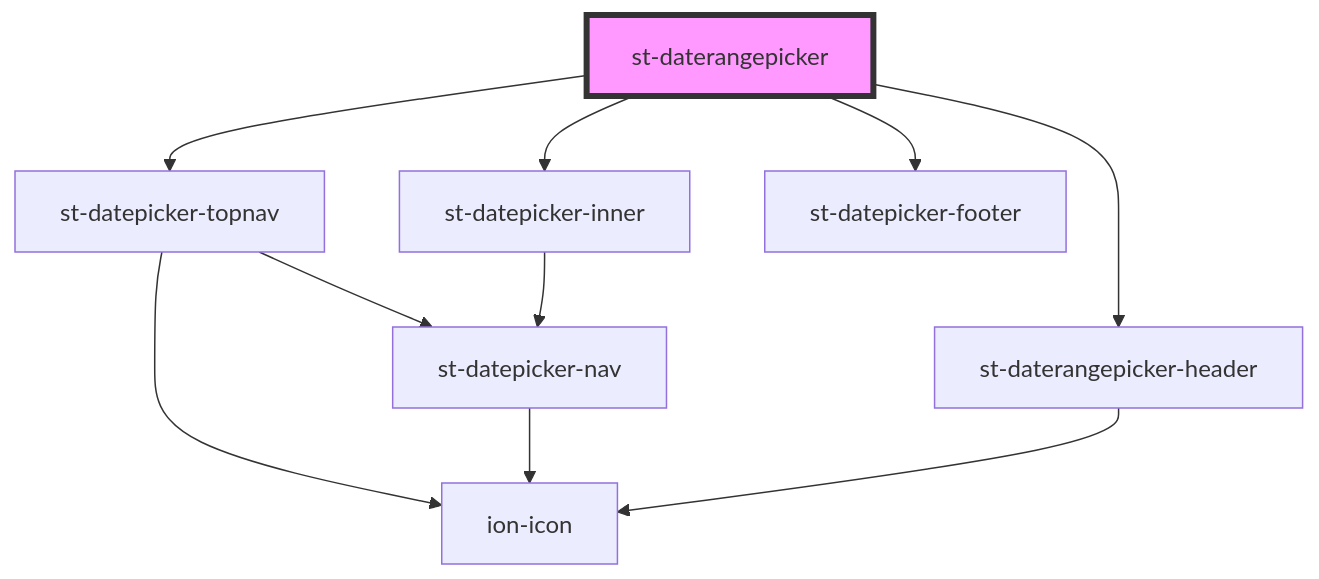
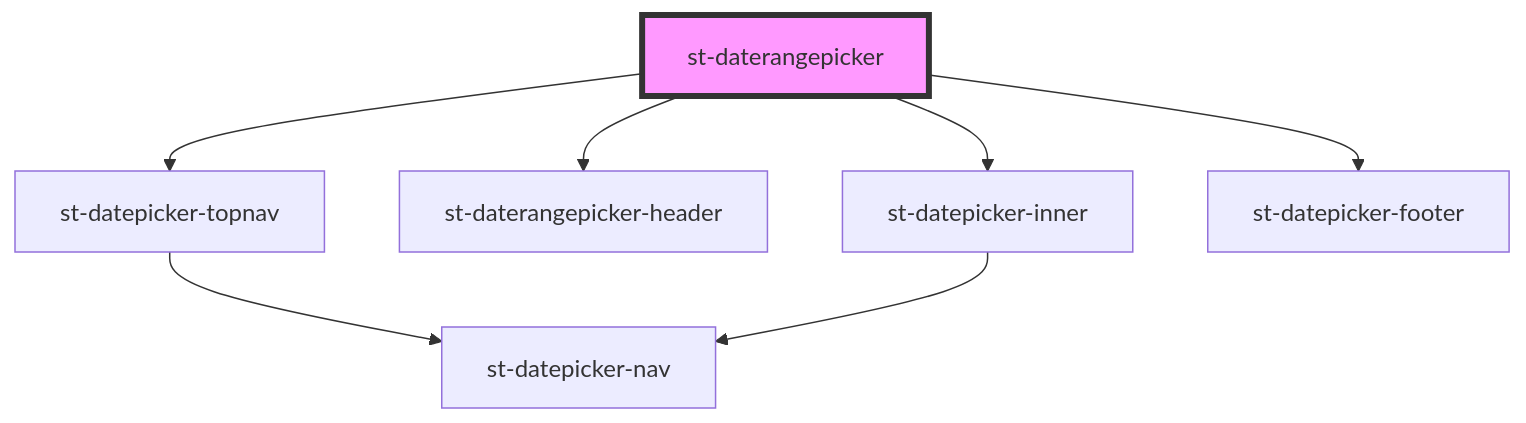
The diagram in src/components/st-daterangepicker/readme.md (k1laba/st-datepicker), drawn with Mermaid before and after one commit. The commit also changed other lines of this file and 737 other files, not shown here.

````diff
--- a/src/components/st-daterangepicker/readme.md
+++ b/src/components/st-daterangepicker/readme.md
@@ -57,13 +47,10 @@
 ```mermaid
 graph TD;
   st-daterangepicker --> st-datepicker-topnav
   st-daterangepicker --> st-daterangepicker-header
   st-daterangepicker --> st-datepicker-inner
   st-daterangepicker --> st-datepicker-footer
-  st-datepicker-topnav --> ion-icon
   st-datepicker-topnav --> st-datepicker-nav
-  st-datepicker-nav --> ion-icon
-  st-daterangepicker-header --> ion-icon
   st-datepicker-inner --> st-datepicker-nav
   style st-daterangepicker fill:#f9f,stroke:#333,stroke-width:4px
 ```
````
